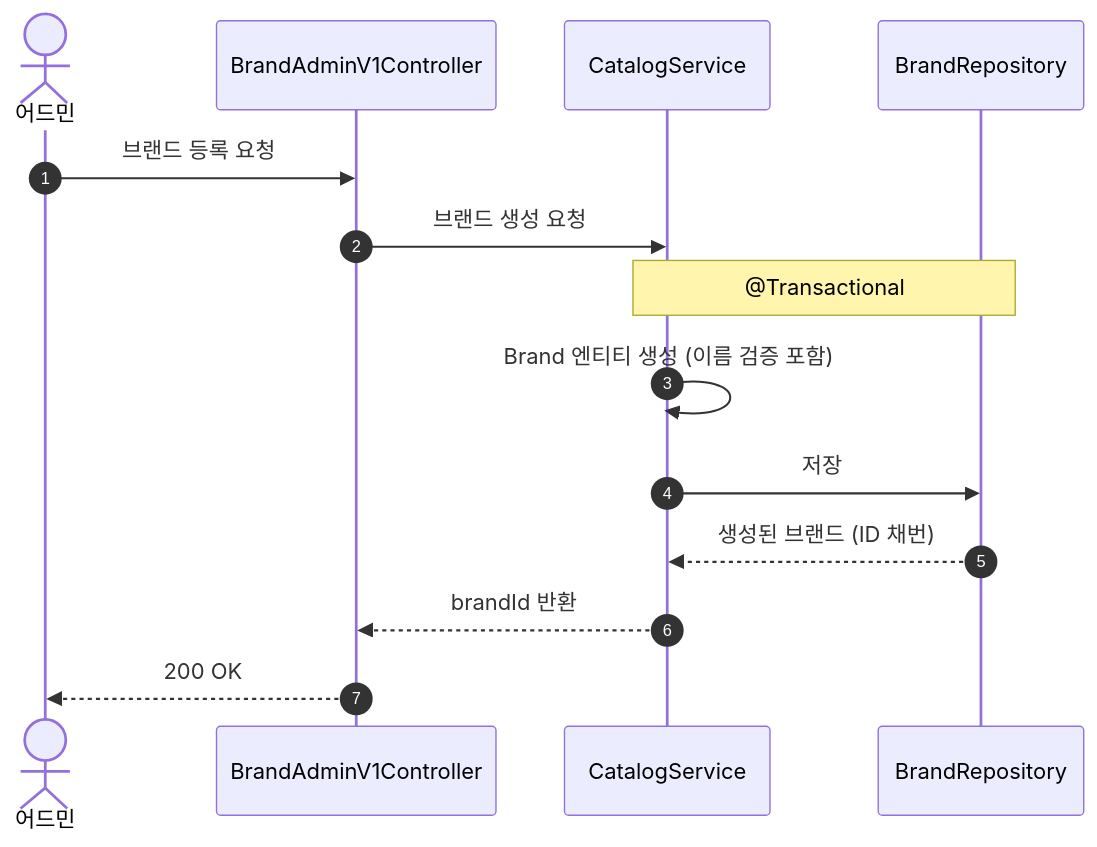
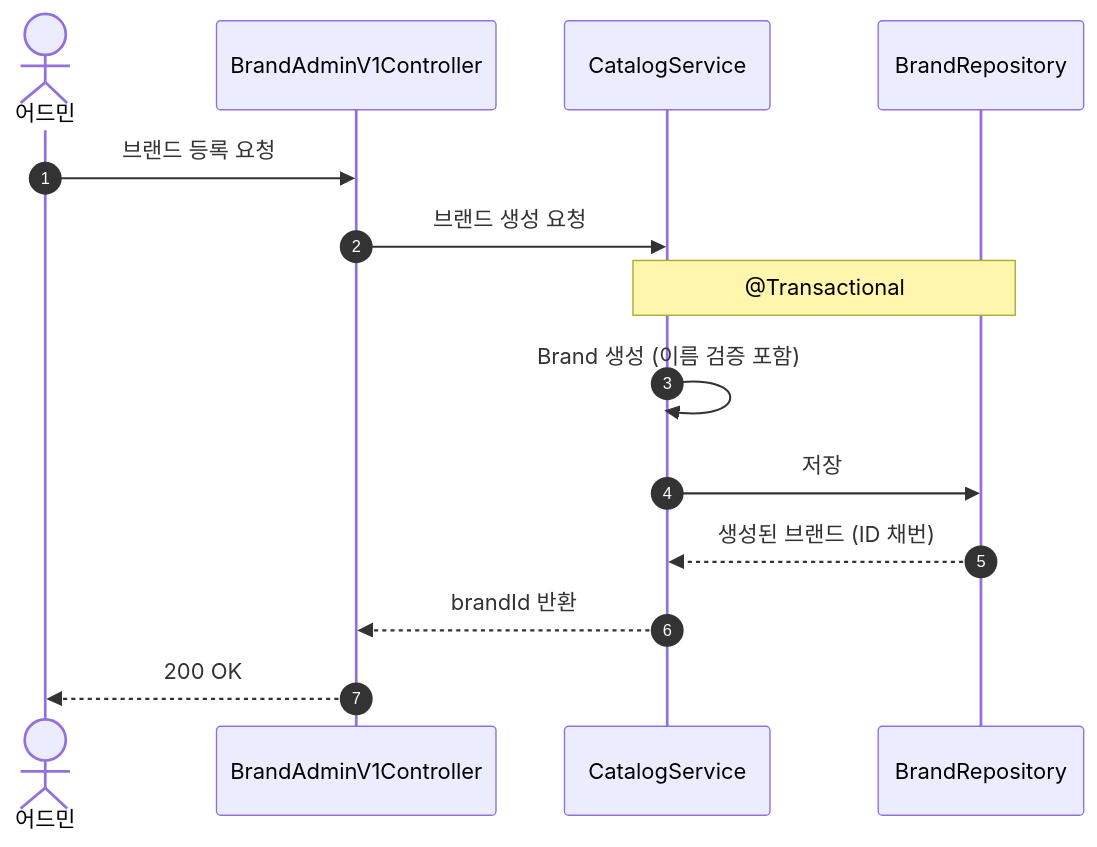
Before and after one commit to Loopers-dev-lab/loop-pack-be-l2-vol3-kotlin: the sixth of 26 diagrams in docs/design/02-sequence-diagrams.md, drawn with Mermaid. The commit also changed other lines of this file and 6 other files, not shown here.

````diff
--- a/docs/design/02-sequence-diagrams.md
+++ b/docs/design/02-sequence-diagrams.md
@@ -156,16 +156,16 @@
 ```mermaid
 sequenceDiagram
     autonumber
     actor Admin as 어드민
     participant C as BrandAdminV1Controller
     participant S as CatalogService
     participant R as BrandRepository
     Admin ->> C: 브랜드 등록 요청
     C ->> S: 브랜드 생성 요청
     Note over S, R: @Transactional
-    S ->> S: Brand 엔티티 생성 (이름 검증 포함)
+    S ->> S: Brand 생성 (이름 검증 포함)
     S ->> R: 저장
     R -->> S: 생성된 브랜드 (ID 채번)
     S -->> C: brandId 반환
     C -->> Admin: 200 OK
 ```
````
